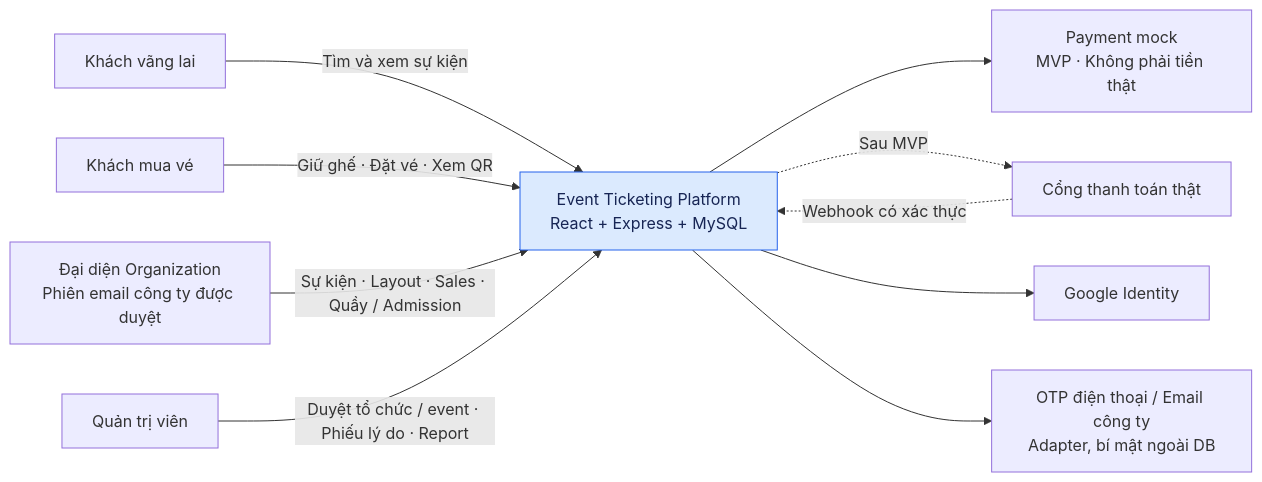
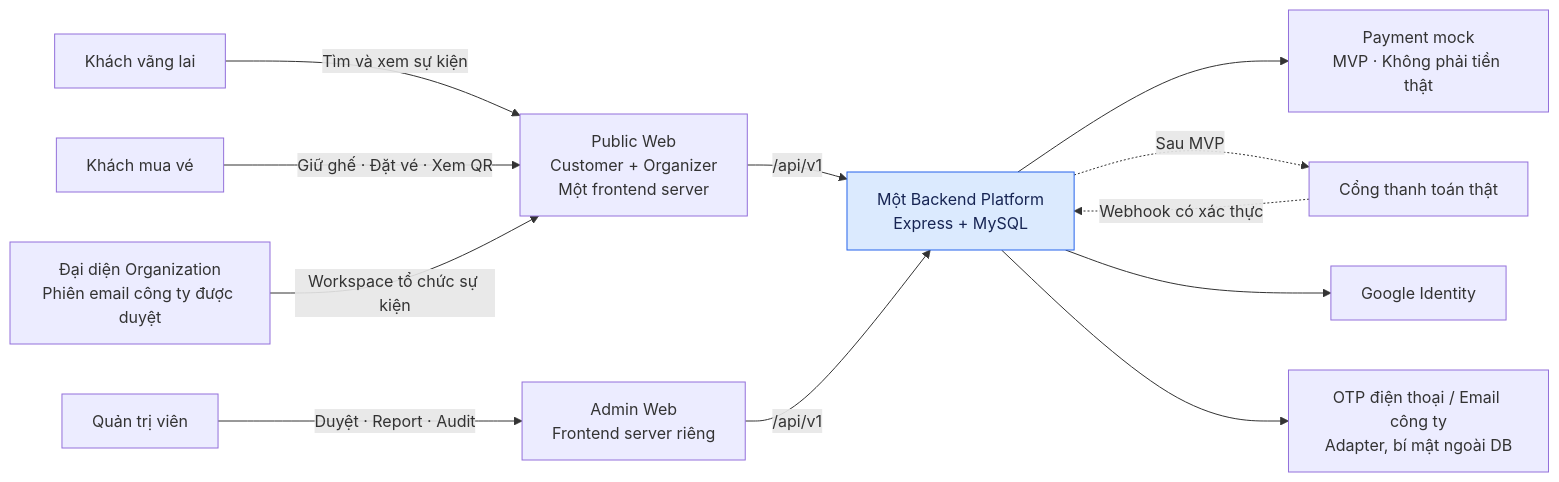
Before and after one commit to TienTrn05/Event_booking_ticket: the diagram in Docs/diagrams/01-system-context.mmd, drawn with Mermaid. The commit also changed 18 other files, not shown here.

```diff
--- a/Docs/diagrams/01-system-context.mmd
+++ b/Docs/diagrams/01-system-context.mmd
@@ -1,12 +1,14 @@
 flowchart LR
-    G["Khách vãng lai"] -->|"Tìm và xem sự kiện"| P
-    C["Khách mua vé"] -->|"Giữ ghế · Đặt vé · Xem QR"| P
-    O["Đại diện Organization<br/>Phiên email công ty được duyệt"] -->|"Sự kiện · Layout · Sales · Quầy / Admission"| P
-    A["Quản trị viên"] -->|"Duyệt tổ chức / event · Phiếu lý do · Report"| P
-    P["Event Ticketing Platform<br/>React + Express + MySQL"] --> M["Payment mock<br/>MVP · Không phải tiền thật"]
-    P -.->|"Sau MVP"| R["Cổng thanh toán thật"]
-    R -.->|"Webhook có xác thực"| P
-    P --> GID["Google Identity"]
-    P --> E["OTP điện thoại / Email công ty<br/>Adapter, bí mật ngoài DB"]
+    G["Khách vãng lai"] -->|"Tìm và xem sự kiện"| PUBLIC
+    C["Khách mua vé"] -->|"Giữ ghế · Đặt vé · Xem QR"| PUBLIC
+    O["Đại diện Organization<br/>Phiên email công ty được duyệt"] -->|"Workspace tổ chức sự kiện"| PUBLIC
+    A["Quản trị viên"] -->|"Duyệt · Report · Audit"| ADMIN
+    PUBLIC["Public Web<br/>Customer + Organizer<br/>Một frontend server"] -->|"/api/v1"| API
+    ADMIN["Admin Web<br/>Frontend server riêng"] -->|"/api/v1"| API
+    API["Một Backend Platform<br/>Express + MySQL"] --> M["Payment mock<br/>MVP · Không phải tiền thật"]
+    API -.->|"Sau MVP"| R["Cổng thanh toán thật"]
+    R -.->|"Webhook có xác thực"| API
+    API --> GID["Google Identity"]
+    API --> E["OTP điện thoại / Email công ty<br/>Adapter, bí mật ngoài DB"]
     classDef core fill:#dbeafe,stroke:#2563eb,color:#172554
-    class P core
+    class API core
```
